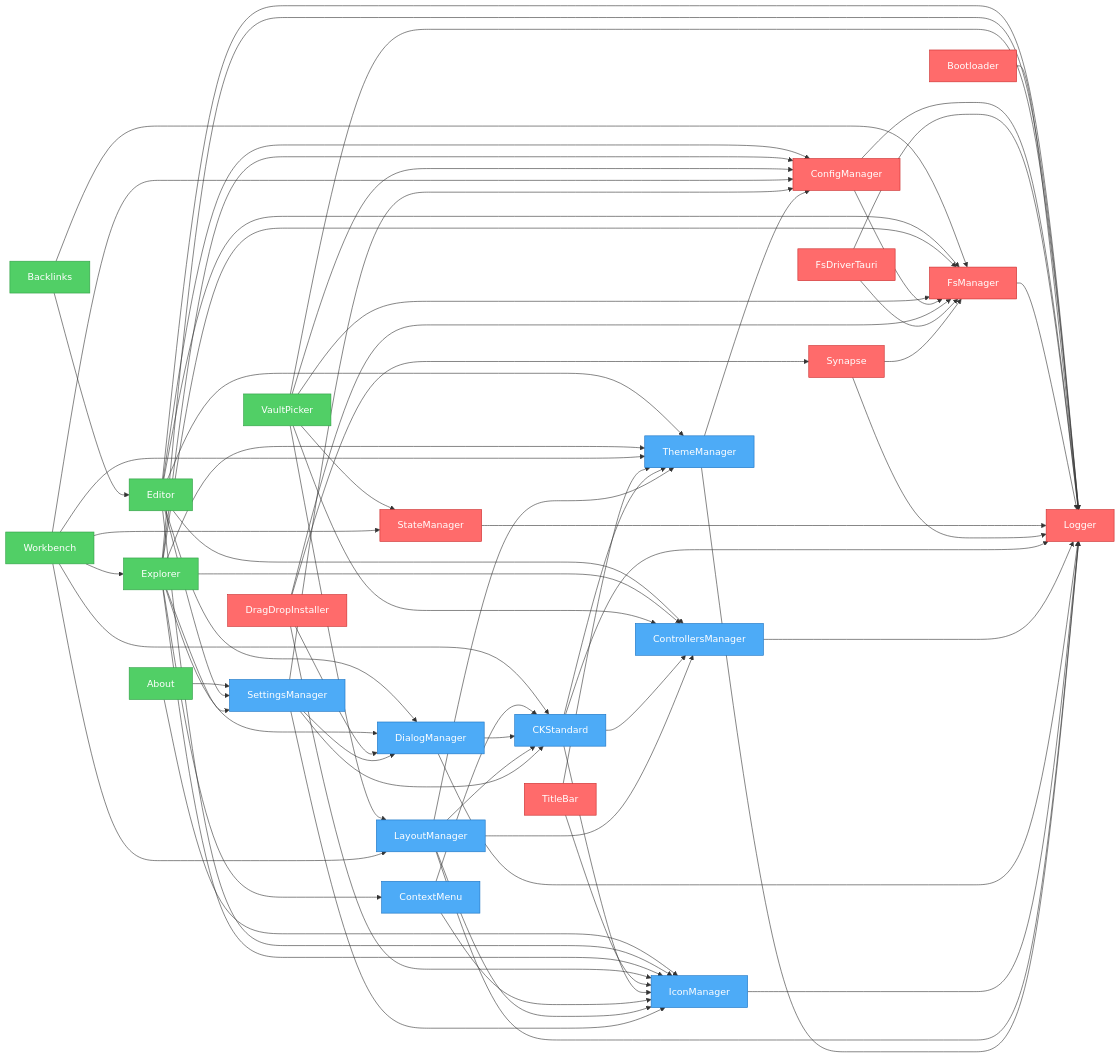
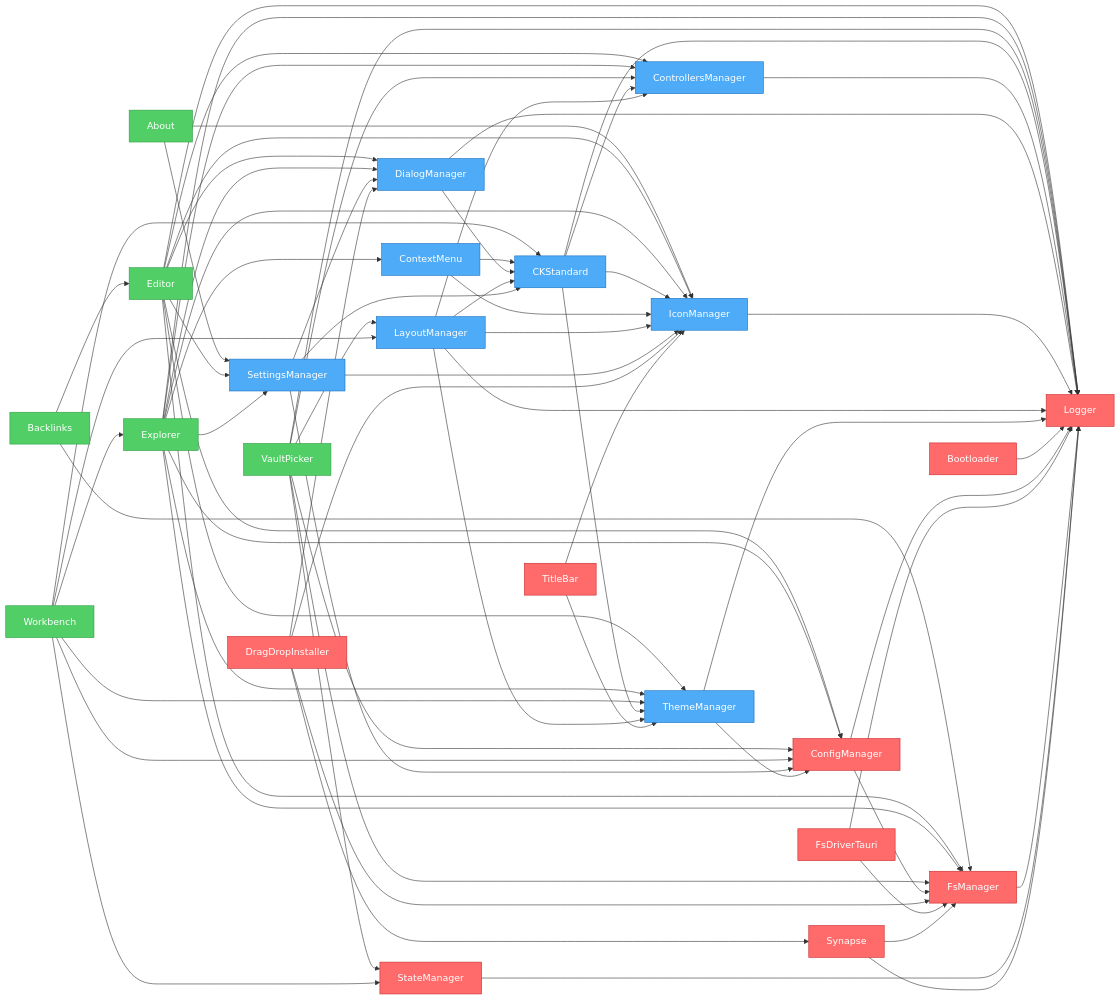
The diagram in artifacts/graph.mmd (khton-tech/notehub.md), drawn with Mermaid before and after one commit. The commit also changed other lines of this file and 12 other files, not shown here.

```diff
--- a/artifacts/graph.mmd
+++ b/artifacts/graph.mmd
@@ -1,102 +1,102 @@
 flowchart LR
     nh_features_about["About"]
     nh_features_backlinks["Backlinks"]
     nh_features_editor["Editor"]
     nh_features_explorer["Explorer"]
     nh_features_vault-picker["VaultPicker"]
     nh_features_workbench["Workbench"]
+    nh_ui_ck-standard["CKStandard"]
+    nh_ui_context-menu["ContextMenu"]
+    nh_ui_controllers-manager["ControllersManager"]
+    nh_ui_dialog-manager["DialogManager"]
+    nh_ui_icon-manager["IconManager"]
+    nh_ui_layout-manager["LayoutManager"]
+    nh_ui_settings-manager["SettingsManager"]
+    nh_ui_theme-manager["ThemeManager"]
     nh_system_bootloader["Bootloader"]
     nh_system_config-manager["ConfigManager"]
     nh_system_drag-drop["DragDropInstaller"]
     nh_system_fs-driver-tauri["FsDriverTauri"]
     nh_system_fs-manager["FsManager"]
     nh_system_logger["Logger"]
     nh_system_state-manager["StateManager"]
     nh_system_synapse["Synapse"]
     nh_system_titlebar["TitleBar"]
-    nh_ui_ck-standard["CKStandard"]
-    nh_ui_context-menu["ContextMenu"]
-    nh_ui_controllers-manager["ControllersManager"]
-    nh_ui_dialog-manager["DialogManager"]
-    nh_ui_icon-manager["IconManager"]
-    nh_ui_layout-manager["LayoutManager"]
-    nh_ui_settings-manager["SettingsManager"]
-    nh_ui_theme-manager["ThemeManager"]
     nh_features_about --> nh_ui_settings-manager
     nh_features_about --> nh_ui_icon-manager
     nh_features_backlinks --> nh_features_editor
     nh_features_backlinks --> nh_system_fs-manager
     nh_features_editor --> nh_system_config-manager
     nh_features_editor --> nh_ui_settings-manager
     nh_features_editor --> nh_system_fs-manager
     nh_features_editor --> nh_system_logger
     nh_features_editor --> nh_ui_controllers-manager
     nh_features_editor --> nh_ui_dialog-manager
     nh_features_editor --> nh_ui_icon-manager
     nh_features_editor --> nh_ui_theme-manager
     nh_features_explorer --> nh_system_config-manager
     nh_features_explorer --> nh_ui_settings-manager
     nh_features_explorer --> nh_system_fs-manager
     nh_features_explorer --> nh_system_logger
     nh_features_explorer --> nh_ui_controllers-manager
     nh_features_explorer --> nh_ui_icon-manager
     nh_features_explorer --> nh_ui_theme-manager
     nh_features_explorer --> nh_ui_context-menu
     nh_features_explorer --> nh_ui_dialog-manager
     nh_features_vault-picker --> nh_system_fs-manager
     nh_features_vault-picker --> nh_system_config-manager
     nh_features_vault-picker --> nh_system_state-manager
     nh_features_vault-picker --> nh_system_logger
     nh_features_vault-picker --> nh_ui_controllers-manager
     nh_features_vault-picker --> nh_ui_layout-manager
     nh_features_workbench --> nh_system_config-manager
     nh_features_workbench --> nh_ui_layout-manager
     nh_features_workbench --> nh_ui_theme-manager
     nh_features_workbench --> nh_ui_ck-standard
     nh_features_workbench --> nh_system_state-manager
     nh_features_workbench --> nh_features_explorer
-    nh_system_bootloader --> nh_system_logger
-    nh_system_config-manager --> nh_system_logger
-    nh_system_config-manager --> nh_system_fs-manager
-    nh_system_drag-drop --> nh_ui_icon-manager
-    nh_system_drag-drop --> nh_ui_dialog-manager
-    nh_system_drag-drop --> nh_system_fs-manager
-    nh_system_drag-drop --> nh_system_synapse
-    nh_system_fs-driver-tauri --> nh_system_logger
-    nh_system_fs-driver-tauri --> nh_system_fs-manager
-    nh_system_fs-manager --> nh_system_logger
-    nh_system_state-manager --> nh_system_logger
-    nh_system_synapse --> nh_system_fs-manager
-    nh_system_synapse --> nh_system_logger
-    nh_system_titlebar --> nh_ui_icon-manager
-    nh_system_titlebar --> nh_ui_theme-manager
     nh_ui_ck-standard --> nh_system_logger
     nh_ui_ck-standard --> nh_ui_controllers-manager
     nh_ui_ck-standard --> nh_ui_icon-manager
     nh_ui_ck-standard --> nh_ui_theme-manager
     nh_ui_context-menu --> nh_ui_icon-manager
     nh_ui_context-menu --> nh_ui_ck-standard
     nh_ui_controllers-manager --> nh_system_logger
     nh_ui_dialog-manager --> nh_system_logger
     nh_ui_dialog-manager --> nh_ui_ck-standard
     nh_ui_icon-manager --> nh_system_logger
     nh_ui_layout-manager --> nh_system_logger
     nh_ui_layout-manager --> nh_ui_theme-manager
     nh_ui_layout-manager --> nh_ui_icon-manager
     nh_ui_layout-manager --> nh_ui_controllers-manager
     nh_ui_layout-manager --> nh_ui_ck-standard
     nh_ui_settings-manager --> nh_system_config-manager
     nh_ui_settings-manager --> nh_ui_ck-standard
     nh_ui_settings-manager --> nh_ui_icon-manager
     nh_ui_settings-manager --> nh_ui_dialog-manager
     nh_ui_theme-manager --> nh_system_logger
     nh_ui_theme-manager --> nh_system_config-manager
+    nh_system_bootloader --> nh_system_logger
+    nh_system_config-manager --> nh_system_logger
+    nh_system_config-manager --> nh_system_fs-manager
+    nh_system_drag-drop --> nh_ui_icon-manager
+    nh_system_drag-drop --> nh_ui_dialog-manager
+    nh_system_drag-drop --> nh_system_fs-manager
+    nh_system_drag-drop --> nh_system_synapse
+    nh_system_fs-driver-tauri --> nh_system_logger
+    nh_system_fs-driver-tauri --> nh_system_fs-manager
+    nh_system_fs-manager --> nh_system_logger
+    nh_system_state-manager --> nh_system_logger
+    nh_system_synapse --> nh_system_fs-manager
+    nh_system_synapse --> nh_system_logger
+    nh_system_titlebar --> nh_ui_icon-manager
+    nh_system_titlebar --> nh_ui_theme-manager
 
     %% Styles
     classDef system fill:#ff6b6b,stroke:#c92a2a,color:#fff
     classDef ui fill:#4dabf7,stroke:#1971c2,color:#fff
     classDef feature fill:#51cf66,stroke:#2f9e44,color:#fff
     class nh_features_about,nh_features_backlinks,nh_features_vault-picker feature
     class nh_features_editor,nh_features_explorer,nh_features_workbench feature
+    class nh_ui_ck-standard,nh_ui_context-menu,nh_ui_controllers-manager,nh_ui_dialog-manager,nh_ui_icon-manager,nh_ui_layout-manager,nh_ui_settings-manager,nh_ui_theme-manager ui
     class nh_system_bootloader,nh_system_config-manager,nh_system_drag-drop,nh_system_fs-driver-tauri,nh_system_fs-manager,nh_system_logger,nh_system_state-manager,nh_system_synapse,nh_system_titlebar system
-    class nh_ui_ck-standard,nh_ui_context-menu,nh_ui_controllers-manager,nh_ui_dialog-manager,nh_ui_icon-manager,nh_ui_layout-manager,nh_ui_settings-manager,nh_ui_theme-manager ui
```
